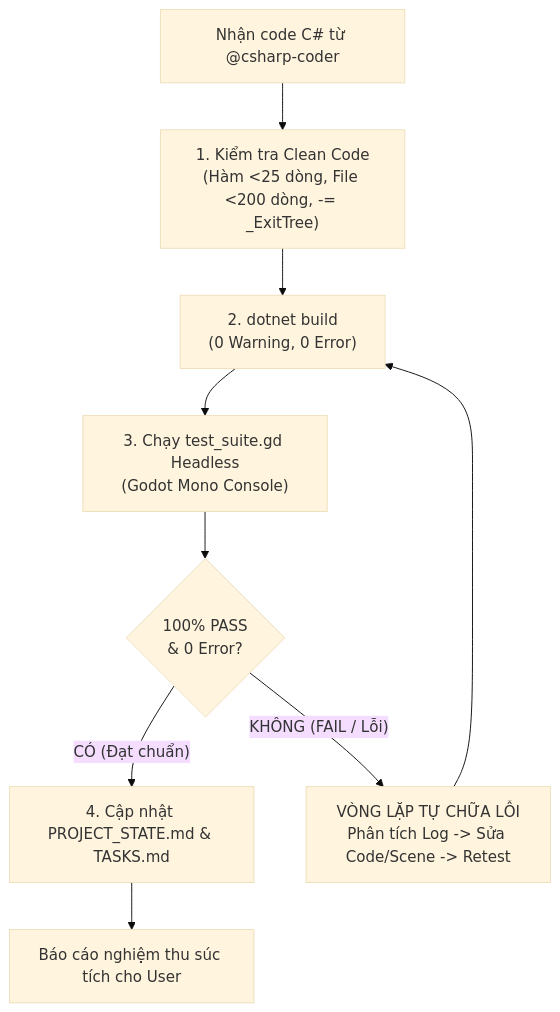
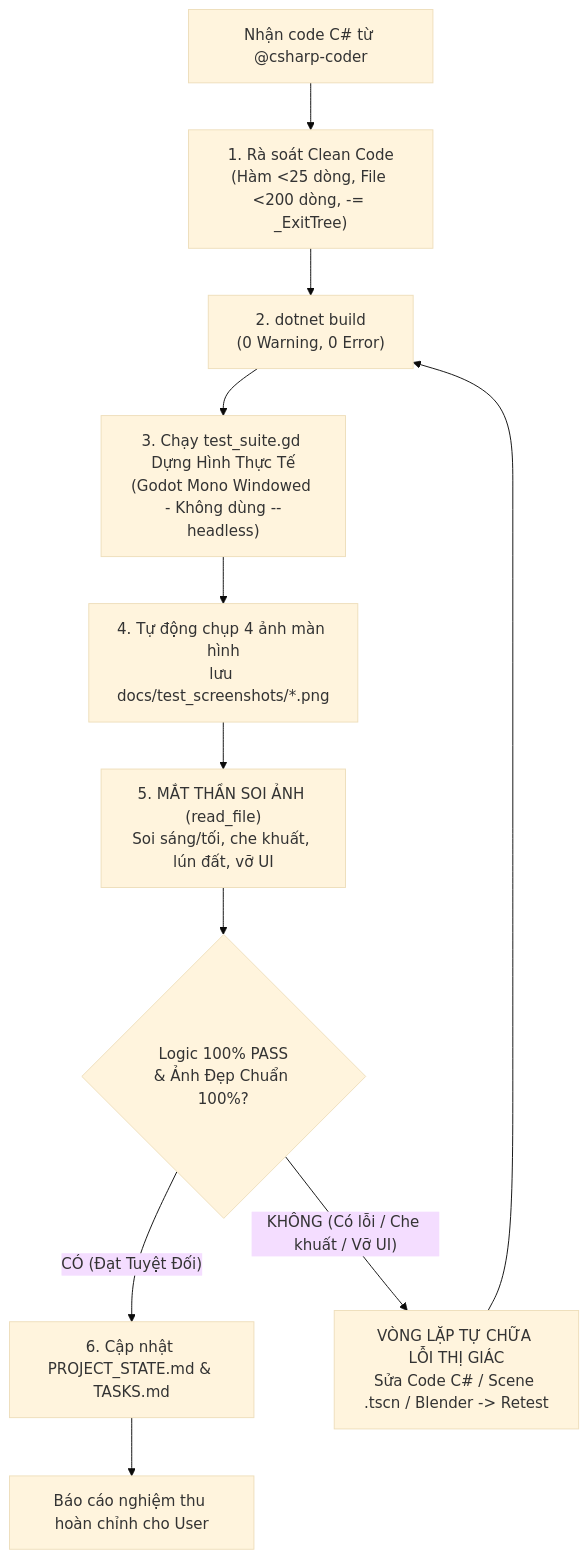
Before and after one commit to namsoaica/gamexnhau: the diagram in .agents/skills/code-reviewer/SKILL.md, drawn with Mermaid (base theme). The commit also changed other lines of this file and 22 other files, not shown here.

Commit message:
feat: establish visual playtest & screenshot inspection loop, resolve interior wall/tree occlusion and clashing surrounding props

````diff
--- a/.agents/skills/code-reviewer/SKILL.md
+++ b/.agents/skills/code-reviewer/SKILL.md
@@ -74,11 +85,13 @@
 ```mermaid
 flowchart TD
-    Start["Nhận code C# từ @csharp-coder"] --> CleanCode["1. Kiểm tra Clean Code<br>(Hàm <25 dòng, File <200 dòng, -= _ExitTree)"]
+    Start["Nhận code C# từ @csharp-coder"] --> CleanCode["1. Rà soát Clean Code<br>(Hàm <25 dòng, File <200 dòng, -= _ExitTree)"]
     CleanCode --> DotnetBuild["2. dotnet build<br>(0 Warning, 0 Error)"]
-    DotnetBuild --> Playtest["3. Chạy test_suite.gd Headless<br>(Godot Mono Console)"]
-    Playtest --> CheckResult{"100% PASS<br>& 0 Error?"}
-    CheckResult -- "CÓ (Đạt chuẩn)" --> UpdateDocs["4. Cập nhật PROJECT_STATE.md & TASKS.md"]
-    UpdateDocs --> Done["Báo cáo nghiệm thu súc tích cho User"]
-    CheckResult -- "KHÔNG (FAIL / Lỗi)" --> SelfHealing["VÒNG LẶP TỰ CHỮA LỖI<br>Phân tích Log -> Sửa Code/Scene -> Retest"]
+    DotnetBuild --> VisualPlaytest["3. Chạy test_suite.gd Dựng Hình Thực Tế<br>(Godot Mono Windowed - Không dùng --headless)"]
+    VisualPlaytest --> TakeShots["4. Tự động chụp 4 ảnh màn hình<br>lưu docs/test_screenshots/*.png"]
+    TakeShots --> VisionInspect["5. MẮT THẦN SOI ẢNH (read_file)<br>Soi sáng/tối, che khuất, lún đất, vỡ UI"]
+    VisionInspect --> EvalQuality{"Logic 100% PASS<br>& Ảnh Đẹp Chuẩn 100%?"}
+    EvalQuality -- "CÓ (Đạt Tuyệt Đối)" --> UpdateDocs["6. Cập nhật PROJECT_STATE.md & TASKS.md"]
+    UpdateDocs --> Done["Báo cáo nghiệm thu hoàn chỉnh cho User"]
+    EvalQuality -- "KHÔNG (Có lỗi / Che khuất / Vỡ UI)" --> SelfHealing["VÒNG LẶP TỰ CHỮA LỖI THỊ GIÁC<br>Sửa Code C# / Scene .tscn / Blender -> Retest"]
     SelfHealing --> DotnetBuild
 ```
````
